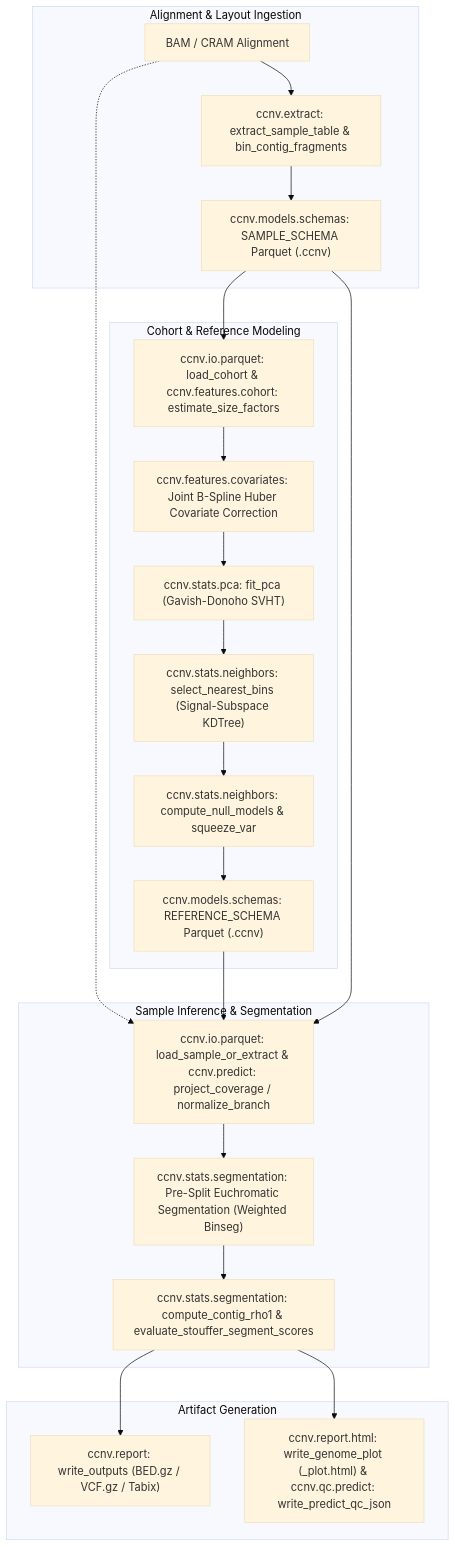
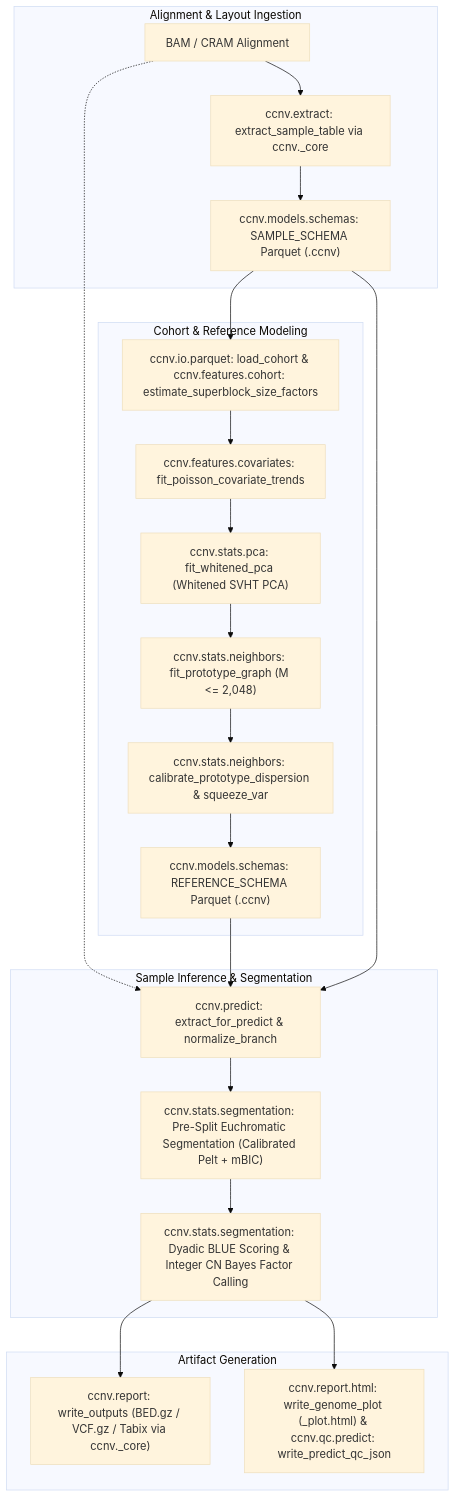
One commit to matthdsm/ccnv changed the diagram in src/ccnv/README.md. Above: the diagram before and after it, drawn with Mermaid (base theme). The commit also changed other lines of this file and 15 other files, not shown here.

Commit message:
docs: update architecture, methodology, CLI, and module docs for ccnv v2

````diff
--- a/src/ccnv/README.md
+++ b/src/ccnv/README.md
@@ -7,26 +7,26 @@
 ```mermaid
 flowchart TD
     subgraph Ingestion["Alignment & Layout Ingestion"]
-        A["BAM / CRAM Alignment"] --> B["ccnv.extract: extract_sample_table & bin_contig_fragments"]
+        A["BAM / CRAM Alignment"] --> B["ccnv.extract: extract_sample_table via ccnv._core"]
         B --> C["ccnv.models.schemas: SAMPLE_SCHEMA Parquet (.ccnv)"]
     end
     subgraph ReferenceModeling["Cohort & Reference Modeling"]
-        C --> D["ccnv.io.parquet: load_cohort & ccnv.features.cohort: estimate_size_factors"]
-        D --> E["ccnv.features.covariates: Joint B-Spline Huber Covariate Correction"]
-        E --> F["ccnv.stats.pca: fit_pca (Gavish-Donoho SVHT)"]
-        F --> G["ccnv.stats.neighbors: select_nearest_bins (Signal-Subspace KDTree)"]
-        G --> H["ccnv.stats.neighbors: compute_null_models & squeeze_var"]
+        C --> D["ccnv.io.parquet: load_cohort & ccnv.features.cohort: estimate_superblock_size_factors"]
+        D --> E["ccnv.features.covariates: fit_poisson_covariate_trends"]
+        E --> F["ccnv.stats.pca: fit_whitened_pca (Whitened SVHT PCA)"]
+        F --> G["ccnv.stats.neighbors: fit_prototype_graph (M <= 2,048)"]
+        G --> H["ccnv.stats.neighbors: calibrate_prototype_dispersion & squeeze_var"]
         H --> I["ccnv.models.schemas: REFERENCE_SCHEMA Parquet (.ccnv)"]
     end
     subgraph Inference["Sample Inference & Segmentation"]
-        A -.-> J["ccnv.io.parquet: load_sample_or_extract & ccnv.predict: project_coverage / normalize_branch"]
+        A -.-> J["ccnv.predict: extract_for_predict & normalize_branch"]
         I --> J
         C --> J
-        J --> K["ccnv.stats.segmentation: Pre-Split Euchromatic Segmentation (Weighted Binseg)"]
-        K --> L["ccnv.stats.segmentation: compute_contig_rho1 & evaluate_stouffer_segment_scores"]
+        J --> K["ccnv.stats.segmentation: Pre-Split Euchromatic Segmentation (Calibrated Pelt + mBIC)"]
+        K --> L["ccnv.stats.segmentation: Dyadic BLUE Scoring & Integer CN Bayes Factor Calling"]
     end
     subgraph Reporting["Artifact Generation"]
-        L --> M["ccnv.report: write_outputs (BED.gz / VCF.gz / Tabix)"]
+        L --> M["ccnv.report: write_outputs (BED.gz / VCF.gz / Tabix via ccnv._core)"]
         L --> N["ccnv.report.html: write_genome_plot (_plot.html) & ccnv.qc.predict: write_predict_qc_json"]
     end
 ```
````
